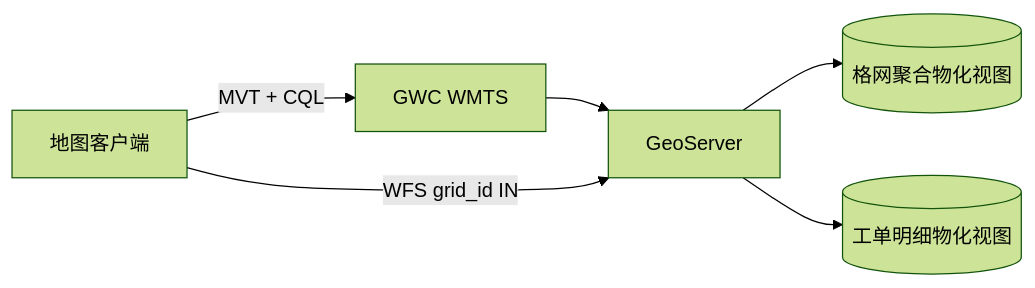
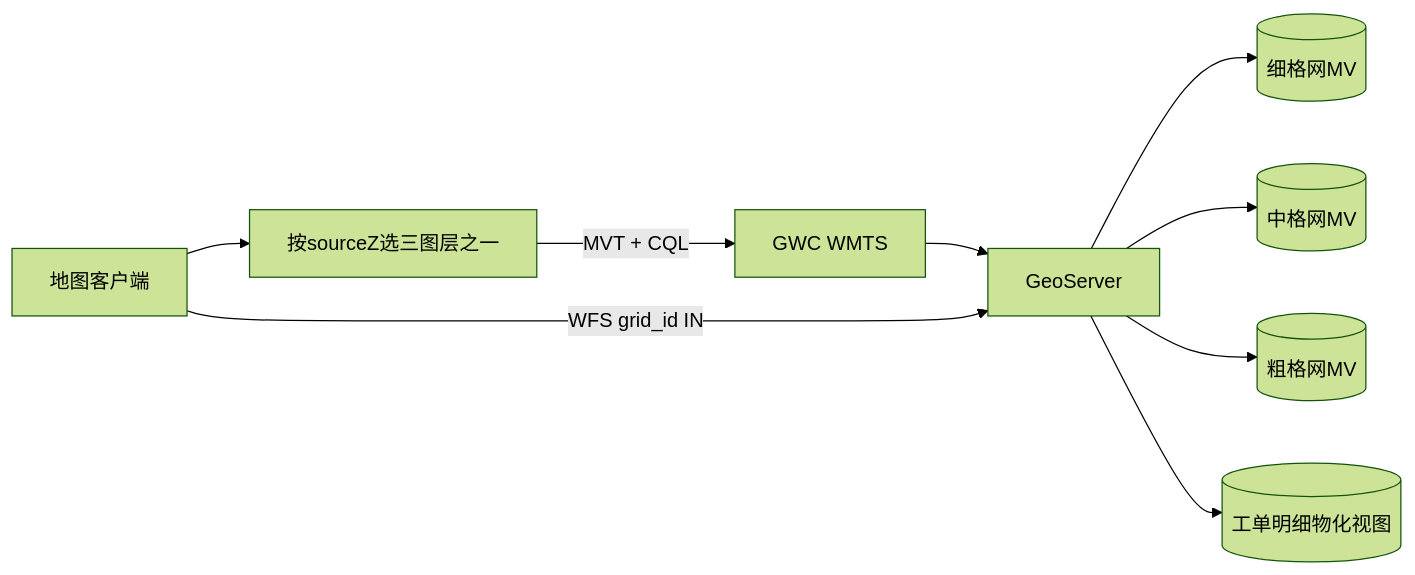
Before and after one commit to zheyi420/Dev-Wiki: the fourth of 8 diagrams in Blog/mvt-webgl_heatmap-ccl/AGENTS.md, drawn with Mermaid (forest theme). The commit also changed other lines of this file, not shown here.

````diff
--- a/Blog/mvt-webgl_heatmap-ccl/AGENTS.md
+++ b/Blog/mvt-webgl_heatmap-ccl/AGENTS.md
@@ -516,13 +596,19 @@
 ```mermaid
 flowchart LR
   client[地图客户端]
+  pickLod[按sourceZ选三图层之一]
   gwc[GWC WMTS]
   gs[GeoServer]
-  gridMV[(格网聚合物化视图)]
+  gridMV5[(细格网MV)]
+  gridMV100[(中格网MV)]
+  gridMV300[(粗格网MV)]
   orderMV[(工单明细物化视图)]
-  client -->|"MVT + CQL"| gwc
+  client --> pickLod
+  pickLod -->|"MVT + CQL"| gwc
   gwc --> gs
-  gs --> gridMV
+  gs --> gridMV5
+  gs --> gridMV100
+  gs --> gridMV300
   client -->|"WFS grid_id IN"| gs
   gs --> orderMV
 ```
````
